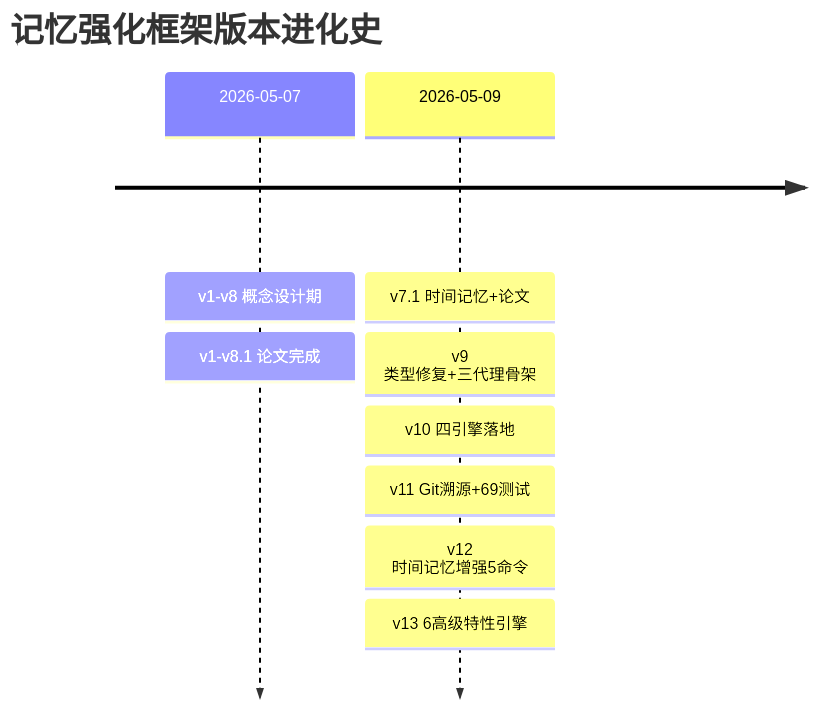
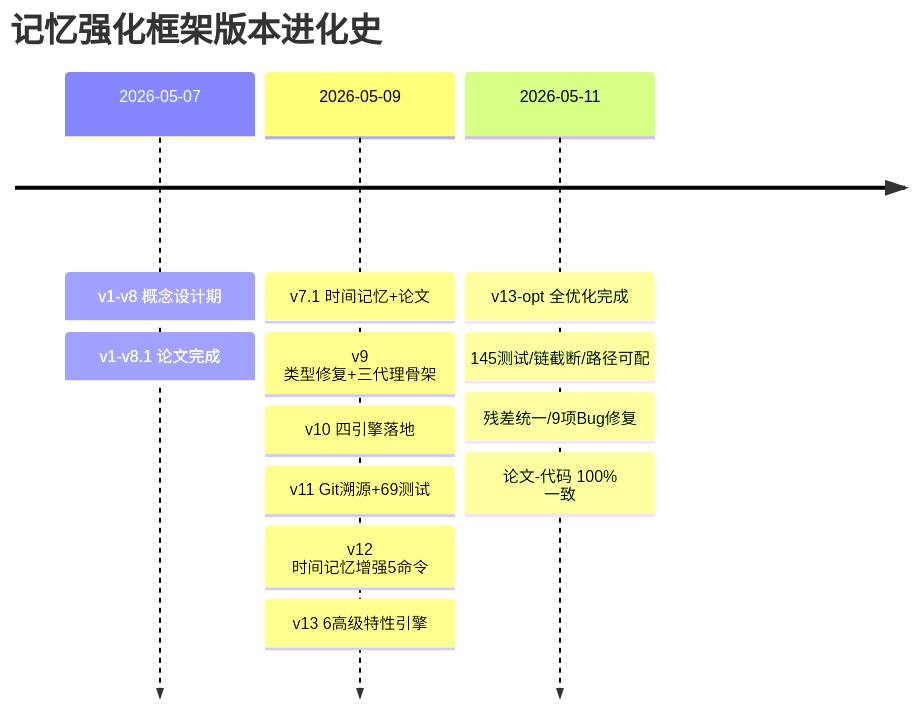
Diagram 27 of 30 in docs/系统设计文档_含Mermaid图表.md (zjdyzww/multi-claw-subagents-memory-plugins), drawn with Mermaid before and after one commit. The commit also changed other lines of this file and 2 other files, not shown here.

````diff
--- a/docs/系统设计文档_含Mermaid图表.md
+++ b/docs/系统设计文档_含Mermaid图表.md
@@ -956,12 +955,16 @@
 ```mermaid
 timeline
     title 记忆强化框架版本进化史
     2026-05-07 : v1-v8 概念设计期
                : v1-v8.1 论文完成
     2026-05-09 : v7.1 时间记忆+论文
                : v9 类型修复+三代理骨架
                : v10 四引擎落地
                : v11 Git溯源+69测试
                : v12 时间记忆增强5命令
                : v13 6高级特性引擎
+    2026-05-11 : v13-opt 全优化完成
+               : 145测试/链截断/路径可配
+               : 残差统一/9项Bug修复
+               : 论文-代码 100% 一致
 ```
````
